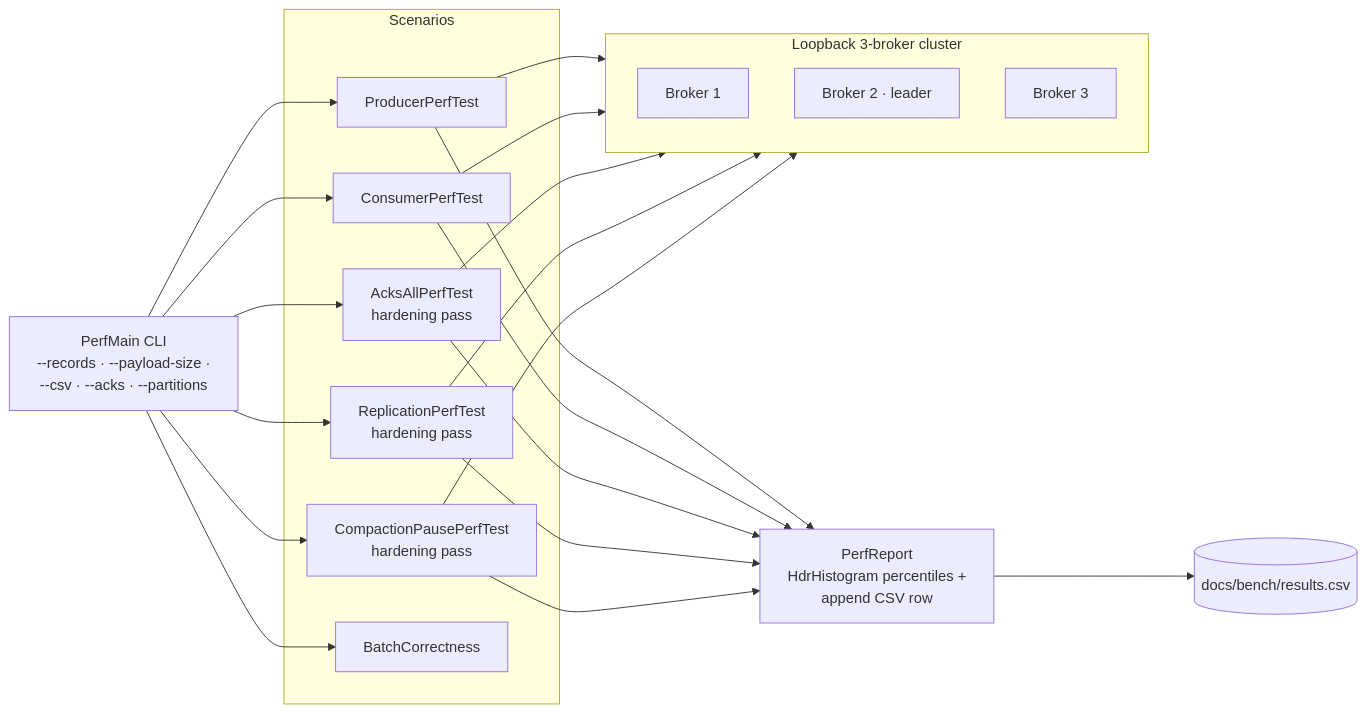
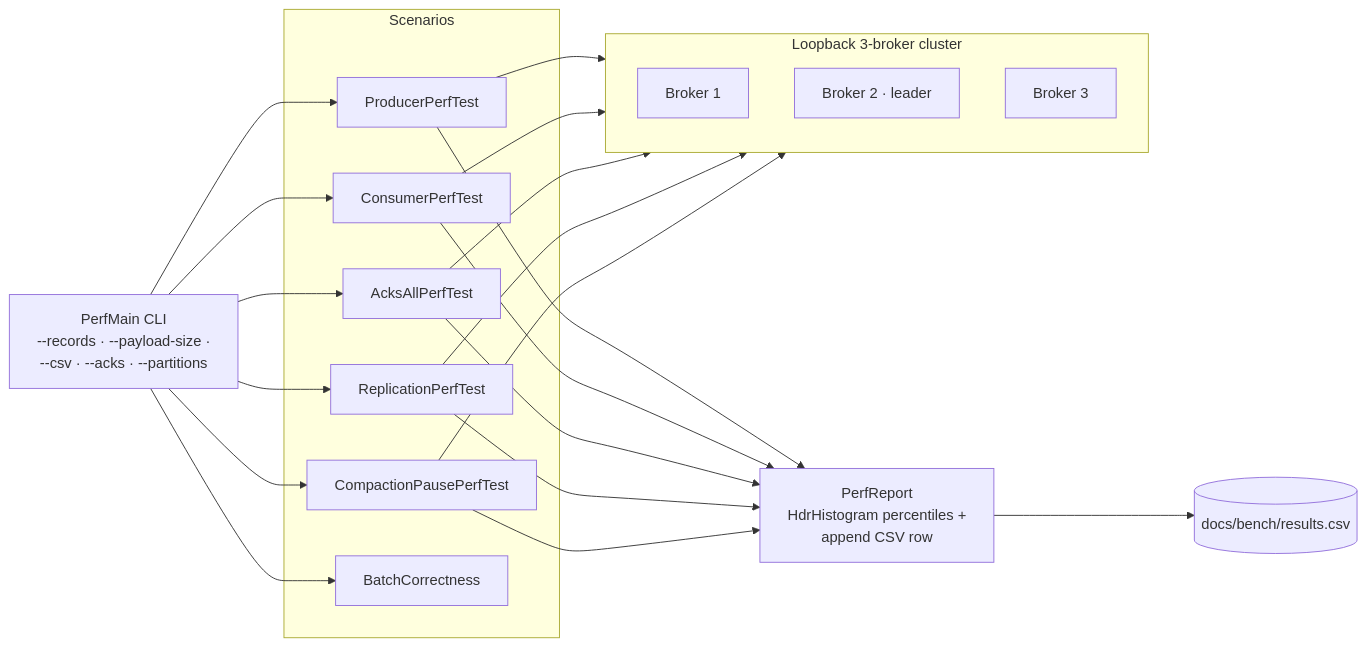
The diagram in bench/README.md (jeremainecheong/j-broker), drawn with Mermaid before and after one commit. The commit also changed other lines of this file and 227 other files, not shown here.

````diff
--- a/bench/README.md
+++ b/bench/README.md
@@ -7,35 +7,35 @@
 ```mermaid
 flowchart LR
     CLI[PerfMain CLI<br/>--records · --payload-size ·<br/>--csv · --acks · --partitions]
 
     subgraph Scenarios[Scenarios]
         PPT[ProducerPerfTest]
         CPT[ConsumerPerfTest]
-        APT[AcksAllPerfTest<br/>hardening pass]
-        RPT[ReplicationPerfTest<br/>hardening pass]
-        Comp[CompactionPausePerfTest<br/>hardening pass]
+        APT[AcksAllPerfTest]
+        RPT[ReplicationPerfTest]
+        Comp[CompactionPausePerfTest]
         BC[BatchCorrectness]
     end
 
     subgraph Cluster[Loopback 3-broker cluster]
         BC1[Broker 1]
         BC2[Broker 2 · leader]
         BC3[Broker 3]
     end
 
     Reporter[PerfReport<br/>HdrHistogram percentiles +<br/>append CSV row]
     CSV[(docs/bench/results.csv)]
 
     CLI --> PPT & CPT & APT & RPT & Comp & BC
     PPT --> Cluster
     CPT --> Cluster
     APT --> Cluster
     RPT --> Cluster
     Comp --> Cluster
     PPT --> Reporter
     CPT --> Reporter
     APT --> Reporter
     RPT --> Reporter
     Comp --> Reporter
     Reporter --> CSV
 ```
````
